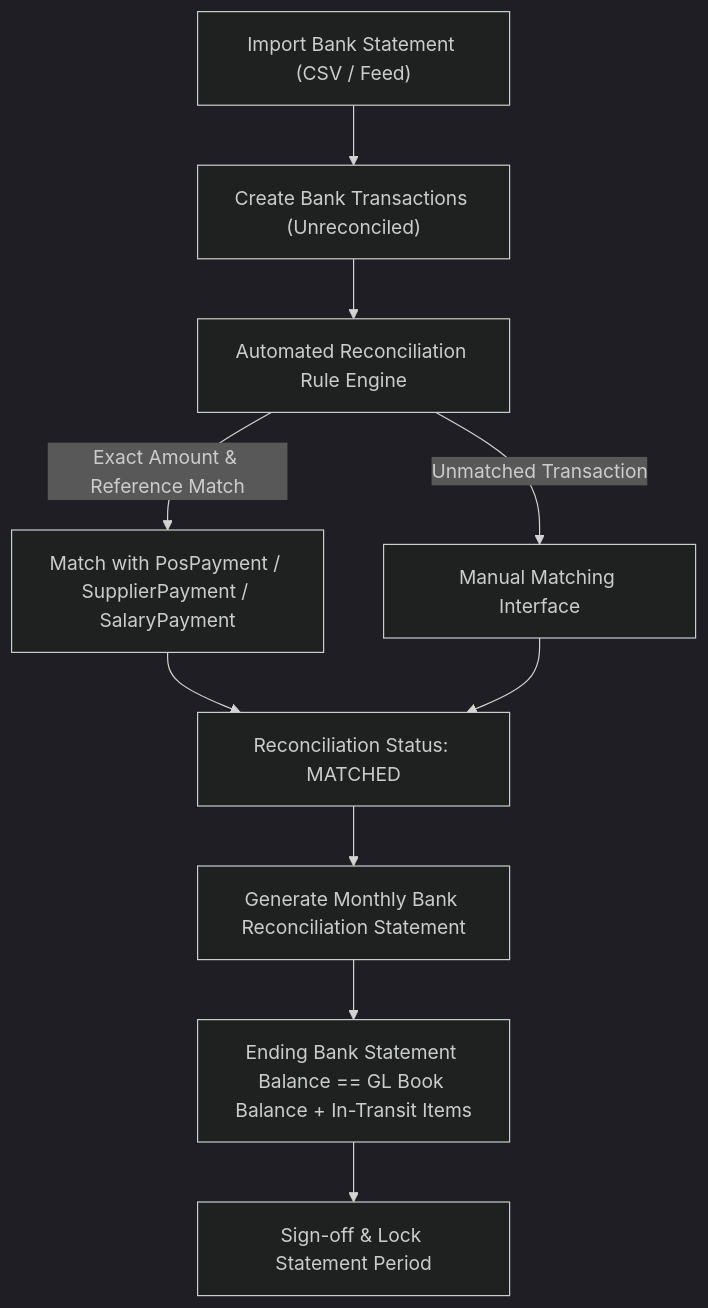
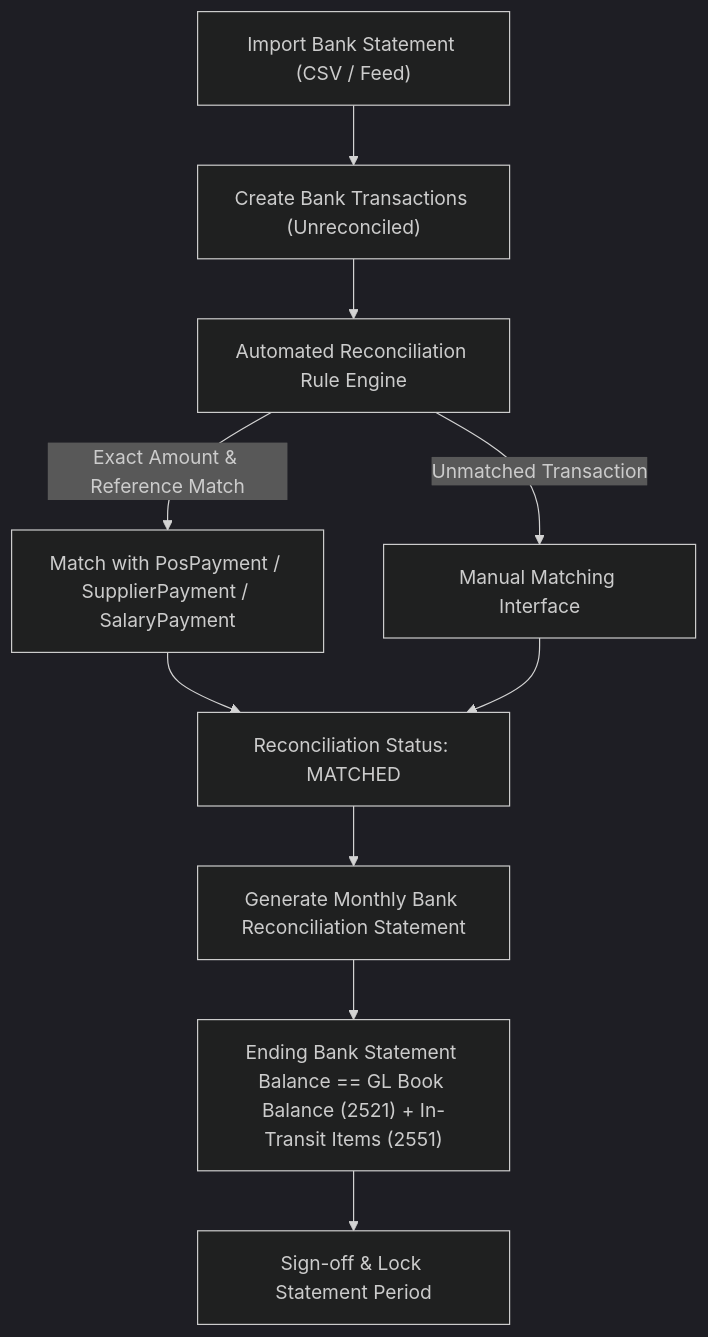
One commit to agevorgyan/qrmenu changed the sixth of 6 diagrams in docs/finance/03-financial-flow-diagrams.md. Above: the diagram before and after it, drawn with Mermaid (dark theme). The commit also changed other lines of this file and 46 other files, not shown here.

````diff
--- a/docs/finance/03-financial-flow-diagrams.md
+++ b/docs/finance/03-financial-flow-diagrams.md
@@ -142,13 +142,13 @@
 ```mermaid
 flowchart TD
     B1["Import Bank Statement (CSV / Feed)"] --> B2["Create Bank Transactions (Unreconciled)"]
     B2 --> B3["Automated Reconciliation Rule Engine"]
     
     B3 -->|Exact Amount & Reference Match| B4["Match with PosPayment / SupplierPayment / SalaryPayment"]
     B3 -->|Unmatched Transaction| B5["Manual Matching Interface"]
     
     B4 & B5 --> B6["Reconciliation Status: MATCHED"]
     B6 --> B7["Generate Monthly Bank Reconciliation Statement"]
-    B7 --> B8["Ending Bank Statement Balance == GL Book Balance + In-Transit Items"]
+    B7 --> B8["Ending Bank Statement Balance == GL Book Balance (2521) + In-Transit Items (2551)"]
     B8 --> B9["Sign-off & Lock Statement Period"]
 ```
````
